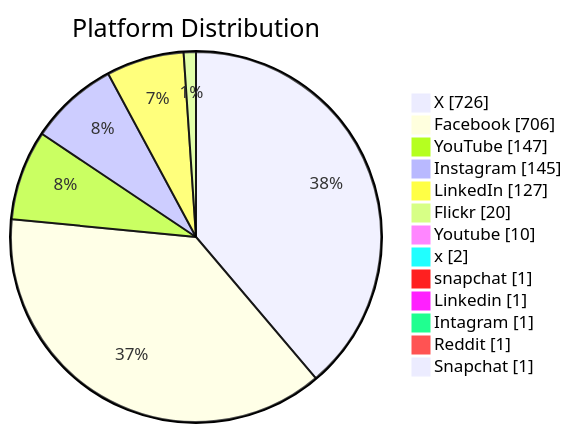
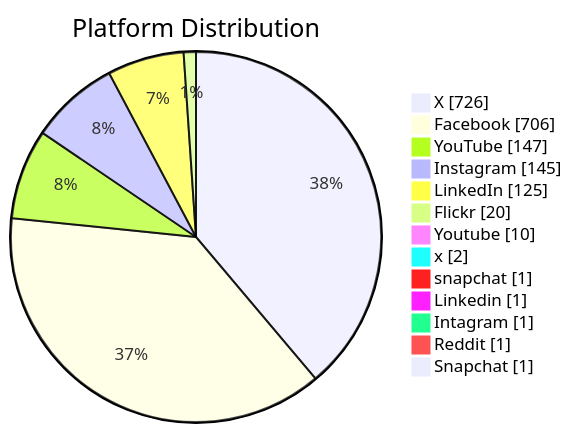
Before and after one commit to PatLittle/GC-Socials: the second of 6 diagrams in README.md, drawn with Mermaid. The commit also changed other lines of this file, not shown here.

Commit message:
Update README with Platform Distribution pie chart

````diff
--- a/README.md
+++ b/README.md
@@ -46,16 +46,16 @@
 ```mermaid
 pie showData title Platform Distribution
     "X": 726
     "Facebook": 706
     "YouTube": 147
     "Instagram": 145
-    "LinkedIn": 127
+    "LinkedIn": 125
     "Flickr": 20
     "Youtube": 10
     "x": 2
     "snapchat": 1
     "Linkedin": 1
     "Intagram": 1
     "Reddit": 1
     "Snapchat": 1
 ```
````
